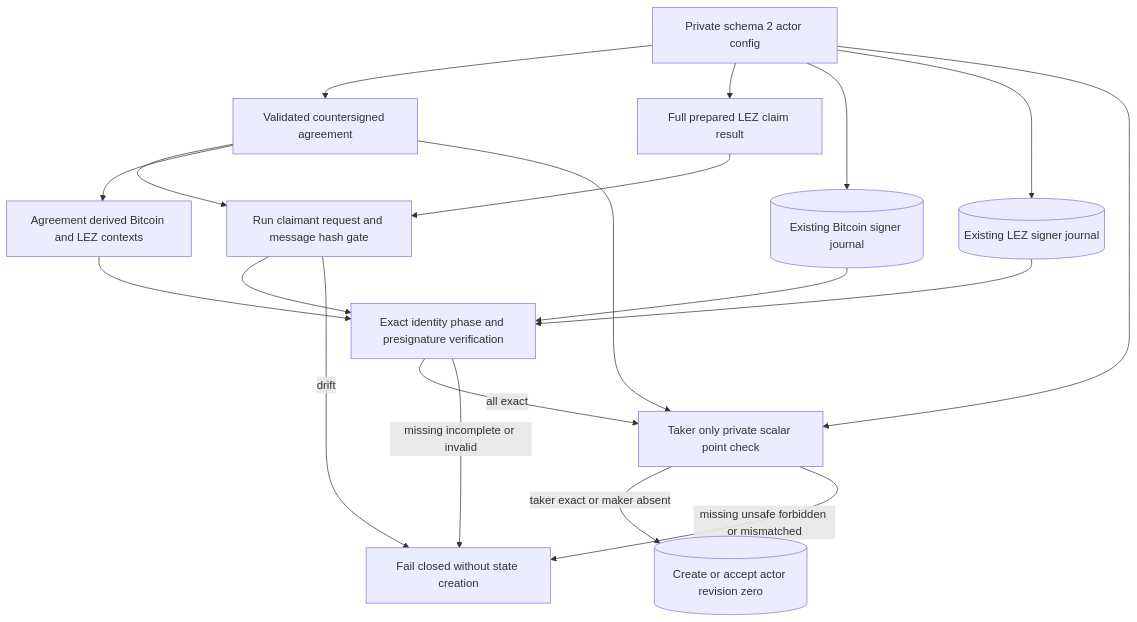
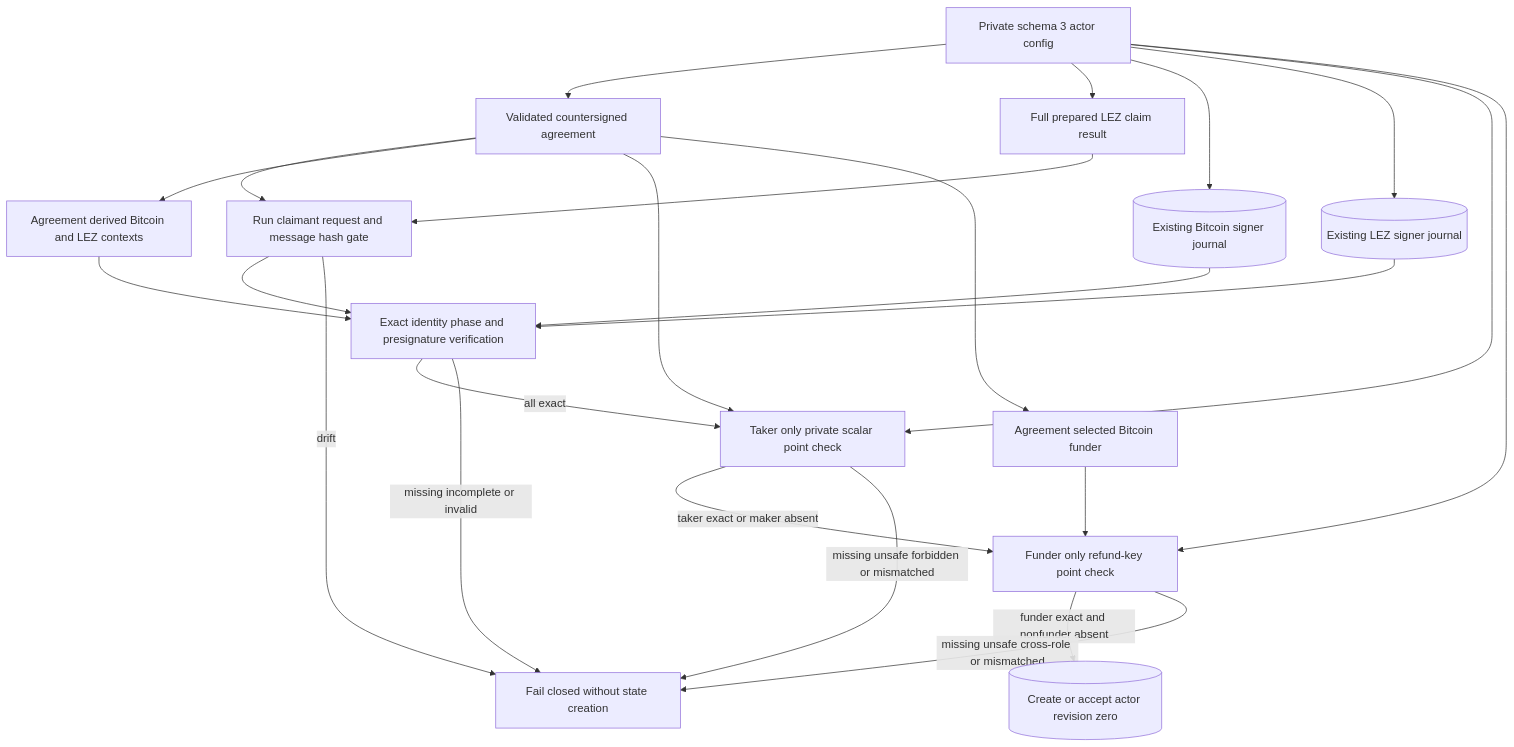
Before and after one commit to gateway-fm/lez-atomic-swaps: the diagram in docs/architecture/0034-gate-actor-activation-on-signing-material.md, drawn with Mermaid. The commit also changed other lines of this file and 18 other files, not shown here.

````diff
--- a/docs/architecture/0034-gate-actor-activation-on-signing-material.md
+++ b/docs/architecture/0034-gate-actor-activation-on-signing-material.md
@@ -48,33 +57,40 @@
 ```mermaid
 flowchart TD
-    Config["Private schema 2 actor config"]
+    Config["Private schema 3 actor config"]
     Agreement["Validated countersigned agreement"]
     Prepared["Full prepared LEZ claim result"]
     BtcJournal[("Existing Bitcoin signer journal")]
     LezJournal[("Existing LEZ signer journal")]
     Bind["Run claimant request and message hash gate"]
     Derive["Agreement derived Bitcoin and LEZ contexts"]
     Verify["Exact identity phase and presignature verification"]
     Secret["Taker only private scalar point check"]
+    RefundRole["Agreement selected Bitcoin funder"]
+    RefundSecret["Funder only refund-key point check"]
     State[("Create or accept actor revision zero")]
     Refuse["Fail closed without state creation"]
 
     Config --> Agreement
     Config --> Prepared
     Config --> BtcJournal
     Config --> LezJournal
     Agreement --> Bind
     Prepared --> Bind
     Agreement --> Derive
     BtcJournal --> Verify
     LezJournal --> Verify
     Config --> Secret
     Agreement --> Secret
+    Agreement --> RefundRole
+    Config --> RefundSecret
+    RefundRole --> RefundSecret
     Derive --> Verify
     Bind --> Verify
     Verify -->|"all exact"| Secret
-    Secret -->|"taker exact or maker absent"| State
+    Secret -->|"taker exact or maker absent"| RefundSecret
+    RefundSecret -->|"funder exact and nonfunder absent"| State
     Bind -->|"drift"| Refuse
     Verify -->|"missing incomplete or invalid"| Refuse
     Secret -->|"missing unsafe forbidden or mismatched"| Refuse
+    RefundSecret -->|"missing unsafe cross-role or mismatched"| Refuse
 ```
````
